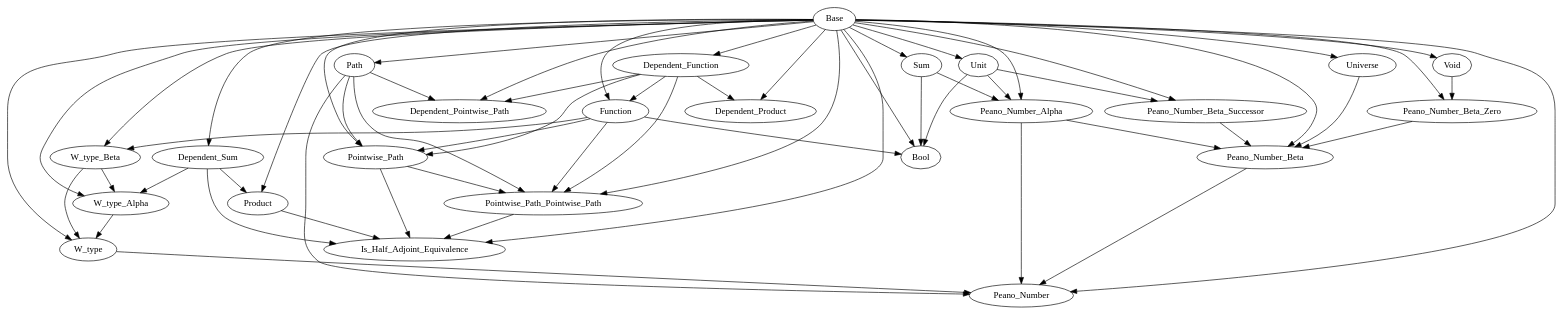
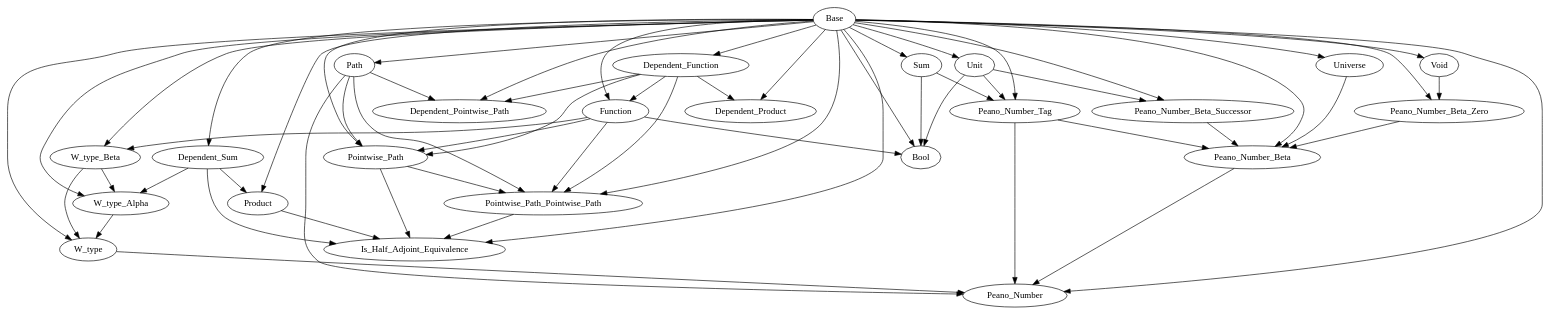
One commit to Hexirp/googology-in-coq changed the diagram in libraries/dependencies.gv. Above: the diagram before and after it, drawn with Graphviz. The commit also changed 5 other files, not shown here.

First line of the commit message:
Update: Peano_Number_Alpha を Peano_Number_Tag に移動する

```diff
--- a/libraries/dependencies.gv
+++ b/libraries/dependencies.gv
@@ -1,85 +1,85 @@
 digraph Dependencies {
   # Base
   # Dependent_Function
   "Base" -> "Dependent_Function";
   # Function
   "Base" -> "Function";
   "Dependent_Function" -> "Function";
   # Dependent_Product
   "Base" -> "Dependent_Product";
   "Dependent_Function" -> "Dependent_Product";
   # Dependent_Sum
   "Base" -> "Dependent_Sum";
   # Product
   "Base" -> "Product";
   "Dependent_Sum" -> "Product";
   # Sum
   "Base" -> "Sum";
   # Unit
   "Base" -> "Unit";
   # Void
   "Base" -> "Void";
   # W_type_Beta
   "Base" -> "W_type_Beta";
   "Function" -> "W_type_Beta";
   # W_type_Alpha
   "Base" -> "W_type_Alpha";
   "Dependent_Sum" -> "W_type_Alpha";
   "W_type_Beta" -> "W_type_Alpha";
   # W_type
   "Base" -> "W_type";
   "W_type_Alpha" -> "W_type";
   "W_type_Beta" -> "W_type";
   # Universe
   "Base" -> "Universe";
   # Path
   "Base" -> "Path";
   # Dependent_Pointwise_Path
   "Base" -> "Dependent_Pointwise_Path";
   "Dependent_Function" -> "Dependent_Pointwise_Path";
   "Path" -> "Dependent_Pointwise_Path";
   # Pointwise_Path
   "Base" -> "Pointwise_Path";
   "Dependent_Function" -> "Pointwise_Path";
   "Function" -> "Pointwise_Path";
   "Path" -> "Pointwise_Path";
   # Pointwise_Path_Pointwise_Path
   "Base" -> "Pointwise_Path_Pointwise_Path";
   "Dependent_Function" -> "Pointwise_Path_Pointwise_Path";
   "Function" -> "Pointwise_Path_Pointwise_Path";
   "Path" -> "Pointwise_Path_Pointwise_Path";
   "Pointwise_Path" -> "Pointwise_Path_Pointwise_Path";
   # Is_Half_Adjoint_Equivalence
   "Base" -> "Is_Half_Adjoint_Equivalence";
   "Dependent_Sum" -> "Is_Half_Adjoint_Equivalence";
   "Product" -> "Is_Half_Adjoint_Equivalence";
   "Pointwise_Path" -> "Is_Half_Adjoint_Equivalence";
   "Pointwise_Path_Pointwise_Path" -> "Is_Half_Adjoint_Equivalence";
   # Bool
   "Base" -> "Bool";
   "Function" -> "Bool";
   "Sum" -> "Bool";
   "Unit" -> "Bool";
-  # Peano_Number_Alpha
-  "Base" -> "Peano_Number_Alpha";
-  "Sum" -> "Peano_Number_Alpha";
-  "Unit" -> "Peano_Number_Alpha";
+  # Peano_Number_Tag
+  "Base" -> "Peano_Number_Tag";
+  "Sum" -> "Peano_Number_Tag";
+  "Unit" -> "Peano_Number_Tag";
   # Peano_Number_Beta_Zero
   "Base" -> "Peano_Number_Beta_Zero";
   "Void" -> "Peano_Number_Beta_Zero";
   # Peano_Number_Beta_Successor
   "Base" -> "Peano_Number_Beta_Successor";
   "Unit" -> "Peano_Number_Beta_Successor";
   # Peano_Number_Beta
   "Base" -> "Peano_Number_Beta";
   "Universe" -> "Peano_Number_Beta";
-  "Peano_Number_Alpha" -> "Peano_Number_Beta";
+  "Peano_Number_Tag" -> "Peano_Number_Beta";
   "Peano_Number_Beta_Zero" -> "Peano_Number_Beta";
   "Peano_Number_Beta_Successor" -> "Peano_Number_Beta";
   # Peano_Number
   "Base" -> "Peano_Number";
   "W_type" -> "Peano_Number";
   "Path" -> "Peano_Number";
-  "Peano_Number_Alpha" -> "Peano_Number";
+  "Peano_Number_Tag" -> "Peano_Number";
   "Peano_Number_Beta" -> "Peano_Number";
 }
```
